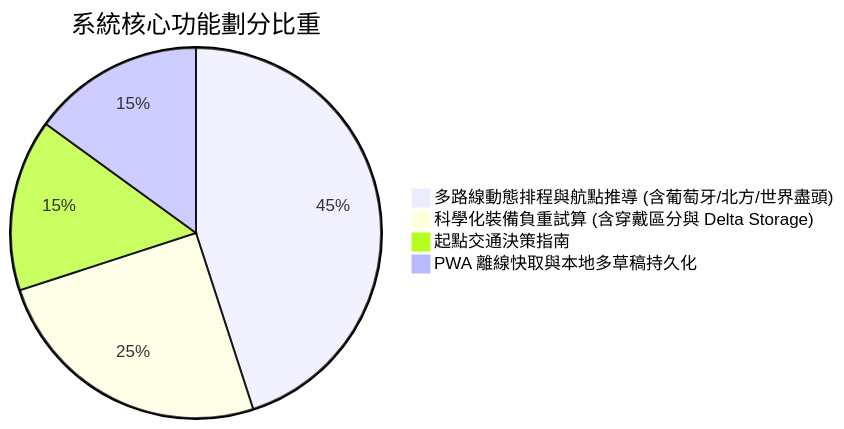
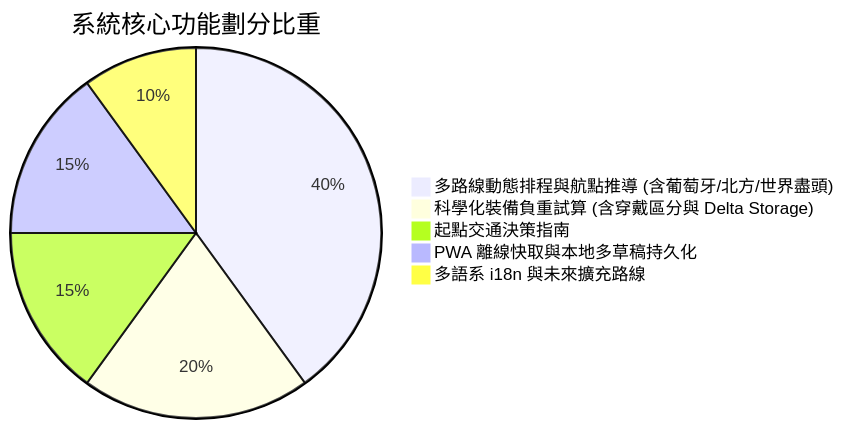
The diagram in docs/PRD.md (vdiefn/camino-planner), drawn with Mermaid before and after one commit. The commit also changed other lines of this file and 1 other file, not shown here.

First line of the commit message:
docs(specs): define phase 2 architecture roadmap and ui principles

````diff
--- a/docs/PRD.md
+++ b/docs/PRD.md
@@ -137,7 +137,8 @@
 ```mermaid
 pie title 系統核心功能劃分比重
-    "多路線動態排程與航點推導 (含葡萄牙/北方/世界盡頭)" : 45
-    "科學化裝備負重試算 (含穿戴區分與 Delta Storage)" : 25
+    "多路線動態排程與航點推導 (含葡萄牙/北方/世界盡頭)" : 40
+    "科學化裝備負重試算 (含穿戴區分與 Delta Storage)" : 20
     "起點交通決策指南" : 15
     "PWA 離線快取與本地多草稿持久化" : 15
+    "多語系 i18n 與未來擴充路線" : 10
 ```
````
